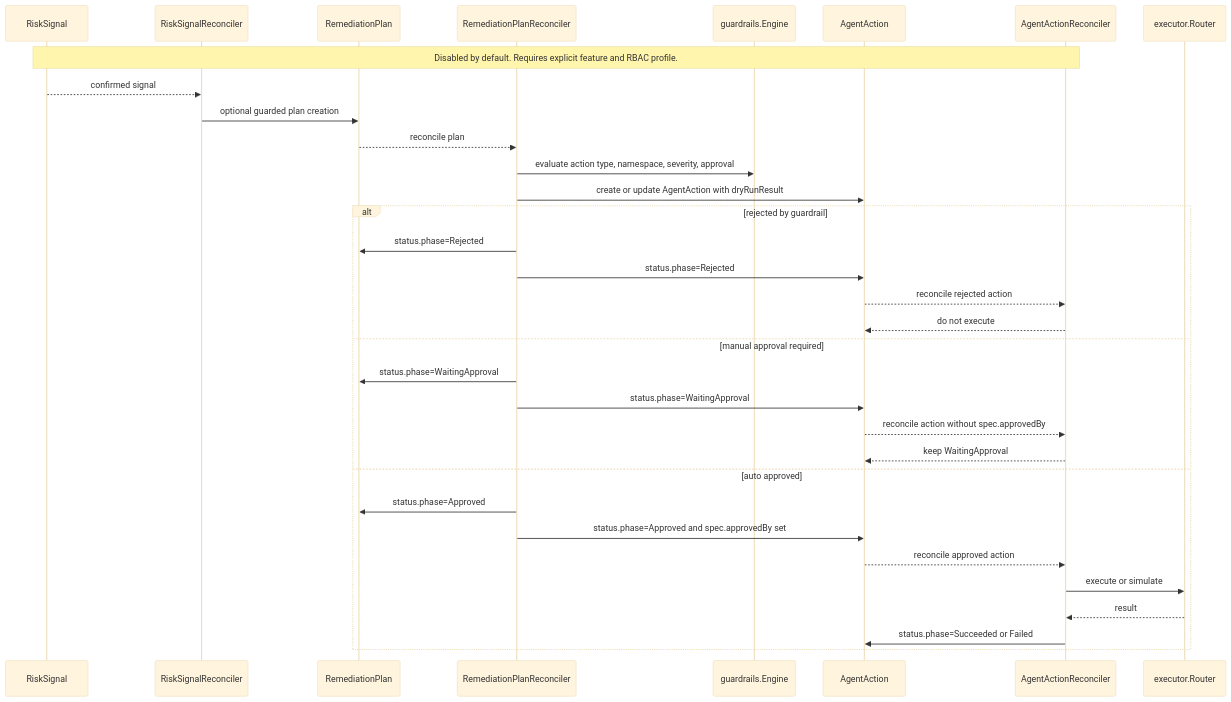
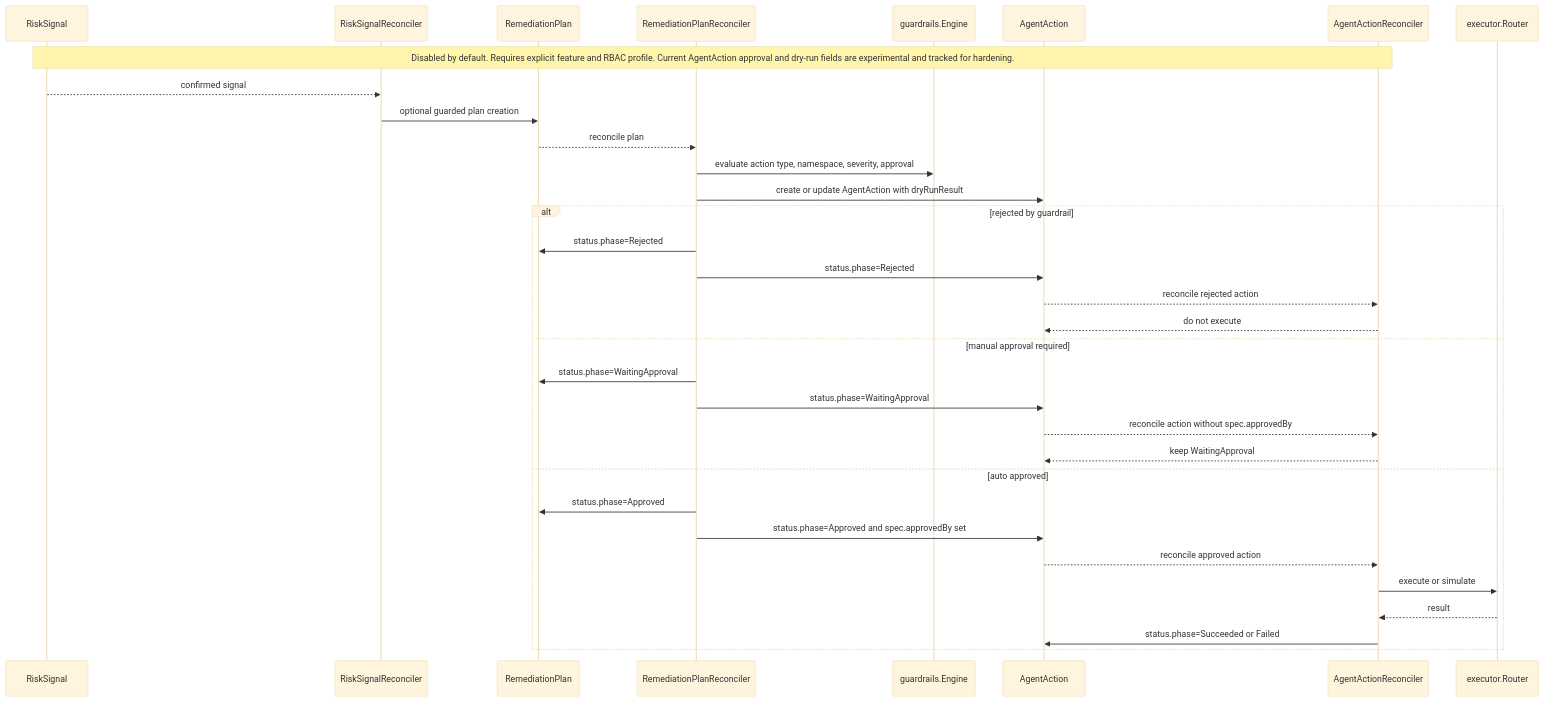
Diagram 15 of 18 in docs/architecture/mermaid-diagrams.md (FluxSeer/fluxseer-rca), drawn with Mermaid (base theme) before and after one commit. The commit also changed other lines of this file and 2 other files, not shown here.

Commit message:
docs: add v0.3 architecture hardening backlog

````diff
--- a/docs/architecture/mermaid-diagrams.md
+++ b/docs/architecture/mermaid-diagrams.md
@@ -739,36 +760,36 @@
 ```mermaid
 sequenceDiagram
     participant RS as RiskSignal
     participant RSC as RiskSignalReconciler
     participant RP as RemediationPlan
     participant RPC as RemediationPlanReconciler
     participant Guard as guardrails.Engine
     participant AA as AgentAction
     participant AAC as AgentActionReconciler
     participant Exec as executor.Router
 
-    Note over RS,AAC: Disabled by default. Requires explicit feature and RBAC profile.
+    Note over RS,AAC: Disabled by default. Requires explicit feature and RBAC profile. Current AgentAction approval and dry-run fields are experimental and tracked for hardening.
     RS-->>RSC: confirmed signal
     RSC->>RP: optional guarded plan creation
     RP-->>RPC: reconcile plan
     RPC->>Guard: evaluate action type, namespace, severity, approval
     RPC->>AA: create or update AgentAction with dryRunResult
     alt rejected by guardrail
         RPC->>RP: status.phase=Rejected
         RPC->>AA: status.phase=Rejected
         AA-->>AAC: reconcile rejected action
         AAC-->>AA: do not execute
     else manual approval required
         RPC->>RP: status.phase=WaitingApproval
         RPC->>AA: status.phase=WaitingApproval
         AA-->>AAC: reconcile action without spec.approvedBy
         AAC-->>AA: keep WaitingApproval
     else auto approved
         RPC->>RP: status.phase=Approved
         RPC->>AA: status.phase=Approved and spec.approvedBy set
         AA-->>AAC: reconcile approved action
         AAC->>Exec: execute or simulate
         Exec-->>AAC: result
         AAC->>AA: status.phase=Succeeded or Failed
     end
 ```
````
